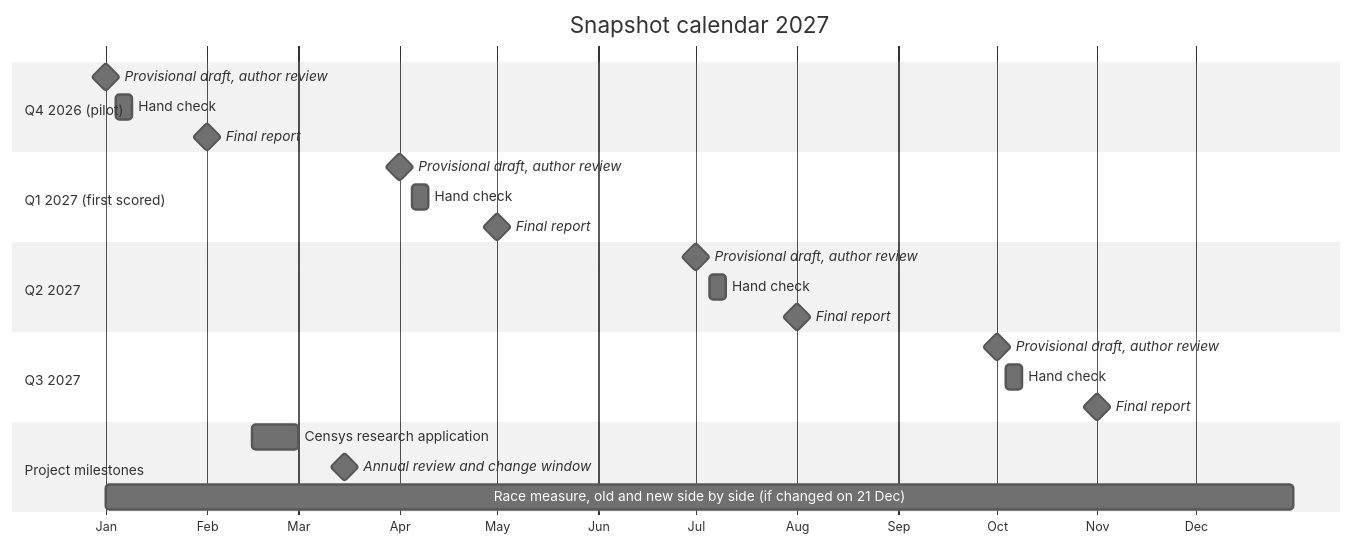
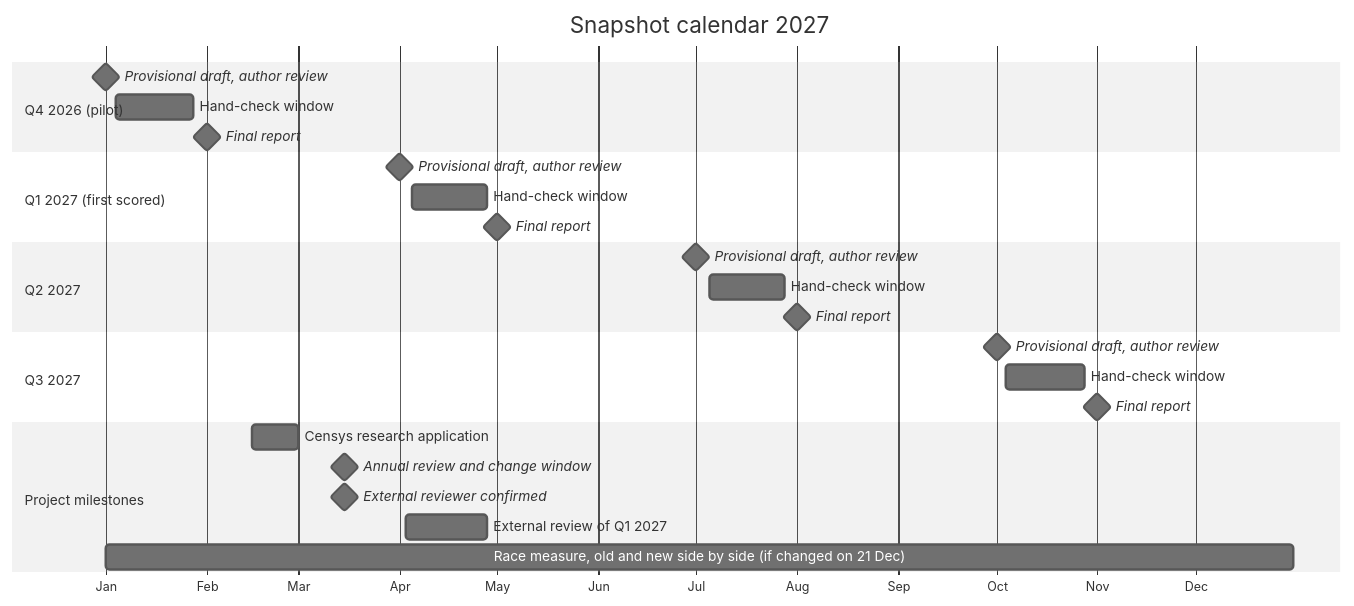
The diagram in docs/diagrams/calendar_2027.mmd (pagagne/internet-security-snapshot), drawn with Mermaid (neutral theme) before and after one commit. The commit also changed 14 other files, not shown here.

```diff
--- a/docs/diagrams/calendar_2027.mmd
+++ b/docs/diagrams/calendar_2027.mmd
@@ -1,25 +1,27 @@
 gantt
   title Snapshot calendar 2027
   dateFormat YYYY-MM-DD
   axisFormat %b
   tickInterval 1month
   section Q4 2026 (pilot)
     Provisional draft, author review :milestone, 2027-01-01, 0d
-    Hand check                  :2027-01-04, 5d
+    Hand-check window            :2027-01-04, 2027-01-28
     Final report                :milestone, 2027-02-01, 0d
   section Q1 2027 (first scored)
     Provisional draft, author review :milestone, 2027-04-01, 0d
-    Hand check                  :2027-04-05, 5d
+    Hand-check window            :2027-04-05, 2027-04-28
     Final report                :milestone, 2027-05-01, 0d
   section Q2 2027
     Provisional draft, author review :milestone, 2027-07-01, 0d
-    Hand check                  :2027-07-05, 5d
+    Hand-check window            :2027-07-05, 2027-07-28
     Final report                :milestone, 2027-08-01, 0d
   section Q3 2027
     Provisional draft, author review :milestone, 2027-10-01, 0d
-    Hand check                  :2027-10-04, 5d
+    Hand-check window            :2027-10-04, 2027-10-28
     Final report                :milestone, 2027-11-01, 0d
   section Project milestones
     Censys research application :2027-02-15, 14d
     Annual review and change window :milestone, 2027-03-15, 0d
+    External reviewer confirmed :milestone, 2027-03-15, 0d
+    External review of Q1 2027 :2027-04-03, 2027-04-28
     Race measure, old and new side by side (if changed on 21 Dec) :2027-01-01, 2027-12-31
```
